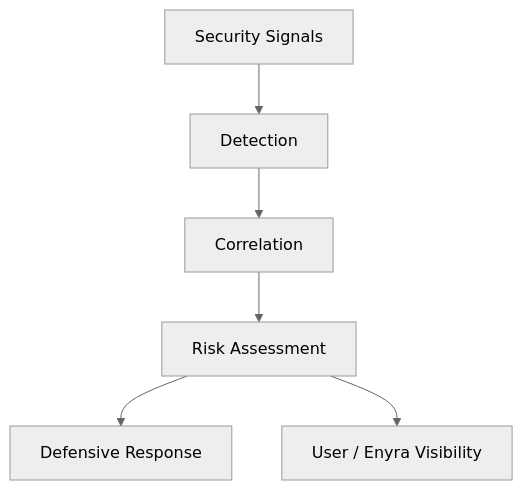
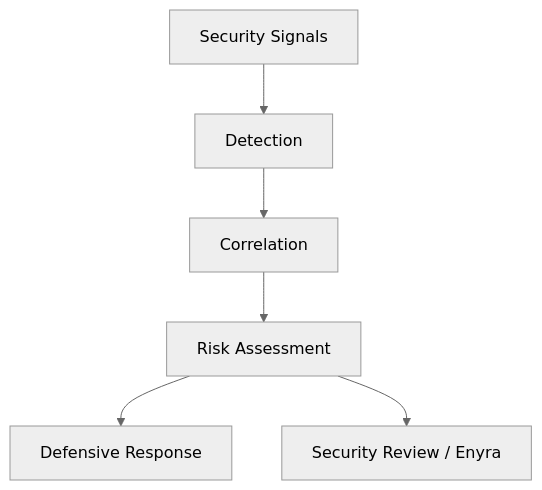
One commit to enigm-llc/docs changed the diagram in intelligence/detection-and-response.mdx. Above: the diagram before and after it, drawn with Mermaid (neutral theme). The commit also changed other lines of this file and 7 other files, not shown here.

Commit message:
Clarify Enyra security intelligence role

````diff
--- a/intelligence/detection-and-response.mdx
+++ b/intelligence/detection-and-response.mdx
@@ -18,15 +18,15 @@
 ```mermaid
 flowchart TD
   Signals["Security Signals"]
   Detection["Detection"]
   Correlation["Correlation"]
   Risk["Risk Assessment"]
   Response["Defensive Response"]
-  Visibility["User / Enyra Visibility"]
+  Visibility["Security Review / Enyra"]
 
   Signals --> Detection
   Detection --> Correlation
   Correlation --> Risk
   Risk --> Response
   Risk --> Visibility
 ```
````
